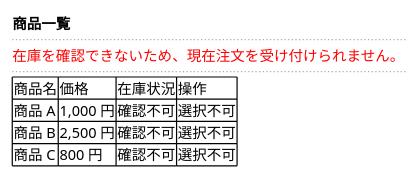
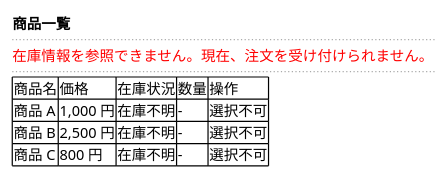
The second of 4 diagrams in examples/03-construction-design-ready/.amadeus/intents/20260703-minimum-purchase-flow/inception/refined-mockups/mockups.md (amadeus-dlc/amadeus), drawn with PlantUML before and after one commit. The commit also changed other lines of this file and 113 other files, not shown here.

````diff
--- a/examples/03-construction-design-ready/.amadeus/intents/20260703-minimum-purchase-flow/inception/refined-mockups/mockups.md
+++ b/examples/03-construction-design-ready/.amadeus/intents/20260703-minimum-purchase-flow/inception/refined-mockups/mockups.md
@@ -34,16 +35,16 @@
 ```plantuml
 @startsalt
 {
   <b>商品一覧
   ..
-  <color:red>在庫を確認できないため、現在注文を受け付けられません。
+  <color:red>在庫情報を参照できません。現在、注文を受け付けられません。</color>
   ..
   {#
-    商品名 | 価格 | 在庫状況 | 操作
-    商品 A | 1,000 円 | 確認不可 | 選択不可
-    商品 B | 2,500 円 | 確認不可 | 選択不可
-    商品 C | 800 円 | 確認不可 | 選択不可
+    商品名 | 価格 | 在庫状況 | 数量 | 操作
+    商品 A | 1,000 円 | 在庫不明 | - | 選択不可
+    商品 B | 2,500 円 | 在庫不明 | - | 選択不可
+    商品 C | 800 円 | 在庫不明 | - | 選択不可
   }
 }
 @endsalt
 ```
````
